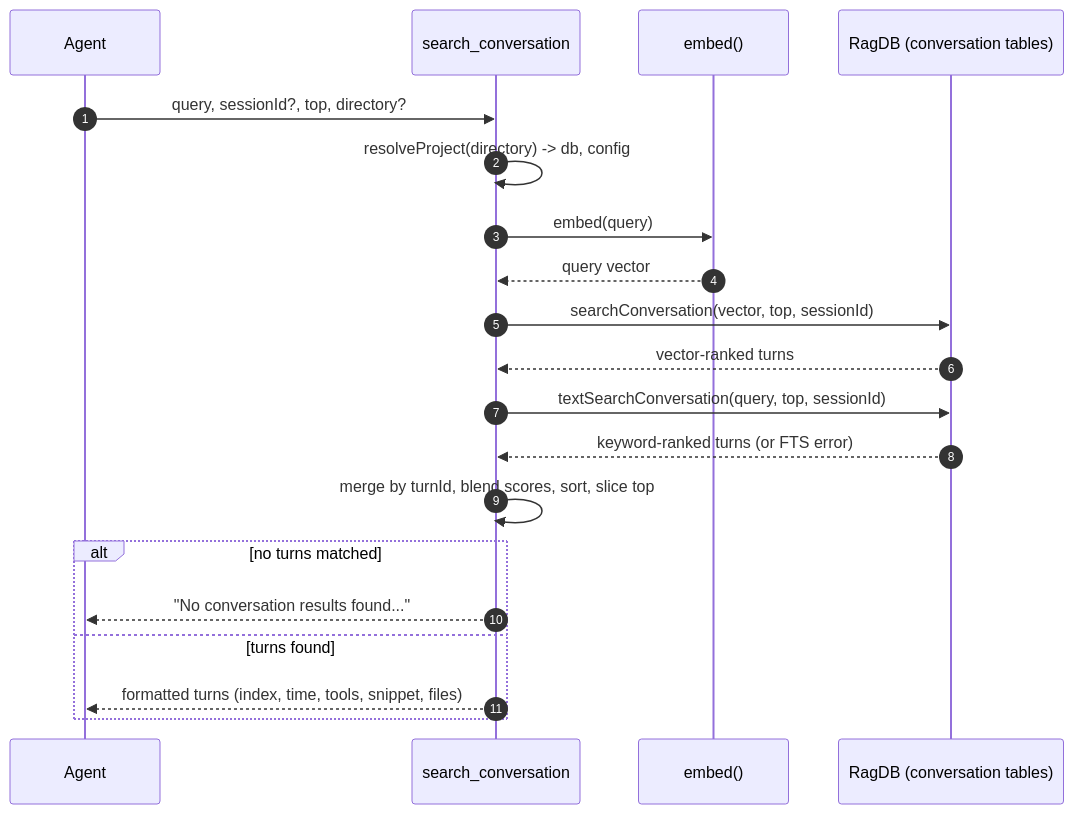
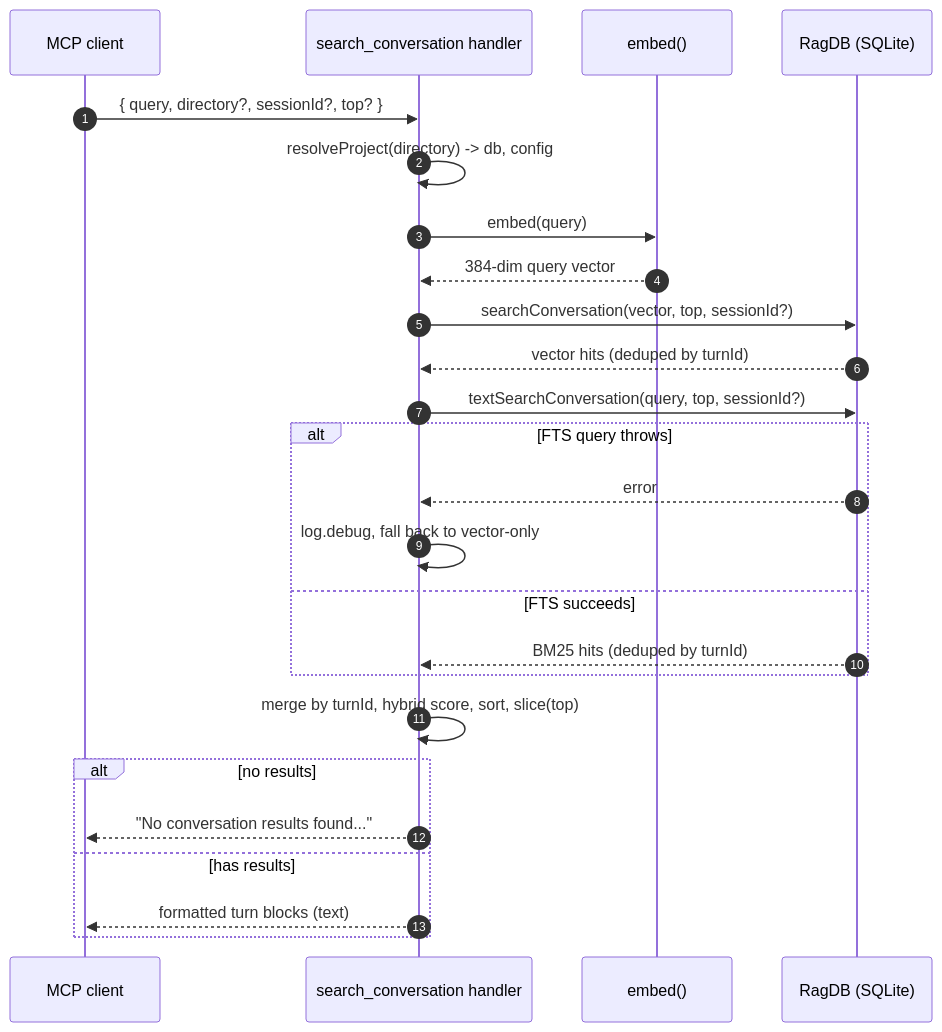
One commit to TheWinci/mimirs changed the diagram in wiki/tools/search-conversation.md. Above: the diagram before and after it, drawn with Mermaid. The commit also changed other lines of this file and 51 other files, not shown here.

````diff
--- a/wiki/tools/search-conversation.md
+++ b/wiki/tools/search-conversation.md
@@ -40,22 +26,28 @@
 ```mermaid
 sequenceDiagram
     autonumber
-    participant Agent
-    participant Tool as search_conversation
+    participant Agent as MCP client
+    participant Tool as search_conversation handler
     participant Embed as embed()
-    participant DB as RagDB (conversation tables)
-    Agent->>Tool: query, sessionId?, top, directory?
+    participant DB as RagDB (SQLite)
+
+    Agent->>Tool: { query, directory?, sessionId?, top? }
     Tool->>Tool: resolveProject(directory) -> db, config
     Tool->>Embed: embed(query)
-    Embed-->>Tool: query vector
-    Tool->>DB: searchConversation(vector, top, sessionId)
-    DB-->>Tool: vector-ranked turns
-    Tool->>DB: textSearchConversation(query, top, sessionId)
-    DB-->>Tool: keyword-ranked turns (or FTS error)
-    Tool->>Tool: merge by turnId, blend scores, sort, slice top
-    alt no turns matched
+    Embed-->>Tool: 384-dim query vector
+    Tool->>DB: searchConversation(vector, top, sessionId?)
+    DB-->>Tool: vector hits (deduped by turnId)
+    Tool->>DB: textSearchConversation(query, top, sessionId?)
+    alt FTS query throws
+        DB-->>Tool: error
+        Tool->>Tool: log.debug, fall back to vector-only
+    else FTS succeeds
+        DB-->>Tool: BM25 hits (deduped by turnId)
+    end
+    Tool->>Tool: merge by turnId, hybrid score, sort, slice(top)
+    alt no results
         Tool-->>Agent: "No conversation results found..."
-    else turns found
-        Tool-->>Agent: formatted turns (index, time, tools, snippet, files)
+    else has results
+        Tool-->>Agent: formatted turn blocks (text)
     end
 ```
````
